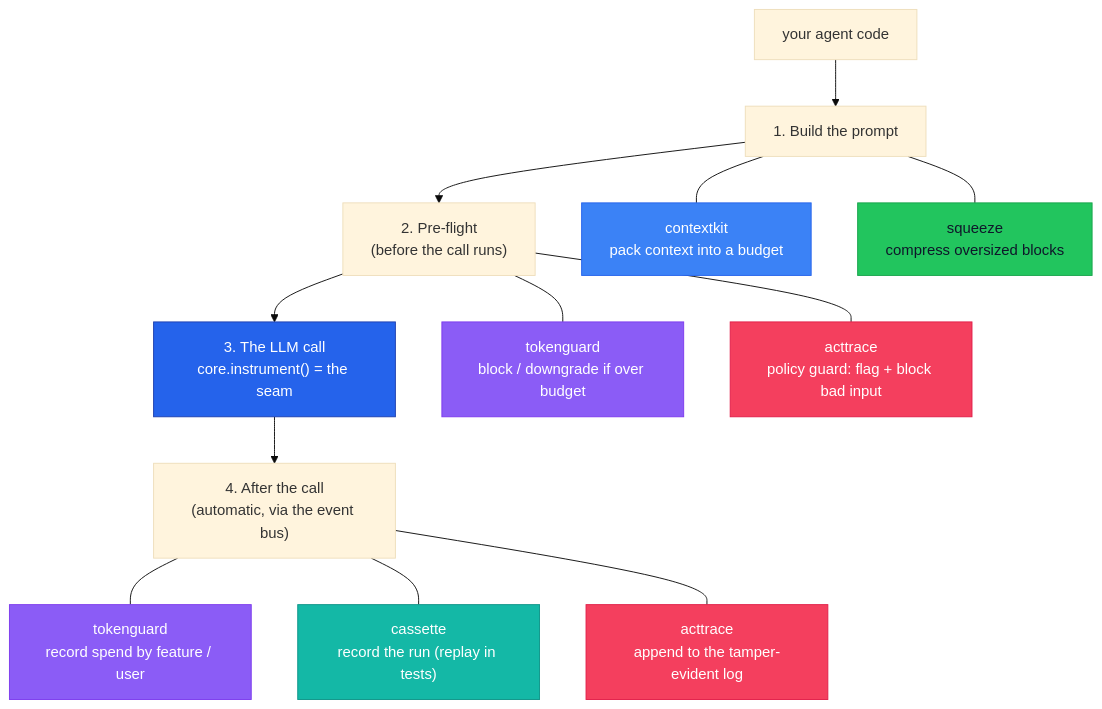
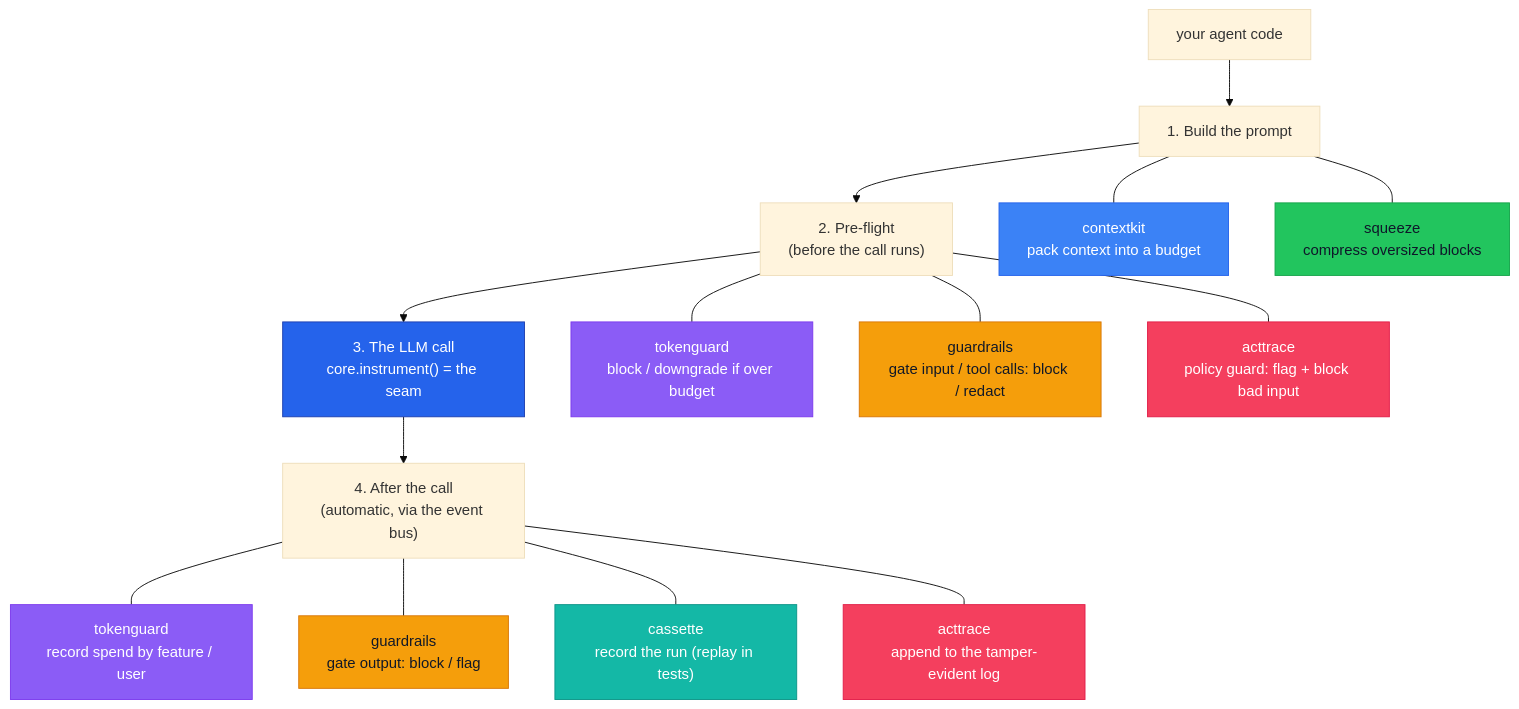
Before and after one commit to cendorhq/cendor-libs: the diagram in docs/index.md, drawn with Mermaid (base theme). The commit also changed other lines of this file and 34 other files, not shown here.

````diff
--- a/docs/index.md
+++ b/docs/index.md
@@ -53,32 +53,36 @@
 ```mermaid
 %%{init: {"flowchart": {"htmlLabels": false}} }%%
 graph TD
     YOU["your agent code"]
     B["1. Build the prompt"]
     PRE["2. Pre-flight<br/>(before the call runs)"]
     CALL["3. The LLM call<br/>core.instrument() = the seam"]
     POST["4. After the call<br/>(automatic, via the event bus)"]
 
     YOU --> B --> PRE --> CALL --> POST
 
     B --- CK["contextkit<br/>pack context into a budget"]
     B --- SQ["squeeze<br/>compress oversized blocks"]
     PRE --- TG1["tokenguard<br/>block / downgrade if over budget"]
+    PRE --- GR1["guardrails<br/>gate input / tool calls: block / redact"]
     PRE --- AT1["acttrace<br/>policy guard: flag + block bad input"]
     POST --- TG2["tokenguard<br/>record spend by feature / user"]
+    POST --- GR2["guardrails<br/>gate output: block / flag"]
     POST --- CS["cassette<br/>record the run (replay in tests)"]
     POST --- AT2["acttrace<br/>append to the tamper-evident log"]
 
     classDef seam fill:#2563EB,color:#ffffff,stroke:#1E40AF;
     classDef ck fill:#3B82F6,color:#ffffff,stroke:#2563EB;
     classDef sq fill:#22C55E,color:#0F172A,stroke:#16A34A;
     classDef tg fill:#8B5CF6,color:#ffffff,stroke:#7C3AED;
+    classDef gr fill:#F59E0B,color:#111827,stroke:#D97706;
     classDef cs fill:#14B8A6,color:#ffffff,stroke:#0D9488;
     classDef at fill:#F43F5E,color:#ffffff,stroke:#E11D48;
     class CALL seam;
     class CK ck;
     class SQ sq;
     class TG1,TG2 tg;
+    class GR1,GR2 gr;
     class CS cs;
     class AT1,AT2 at;
 ```
````
